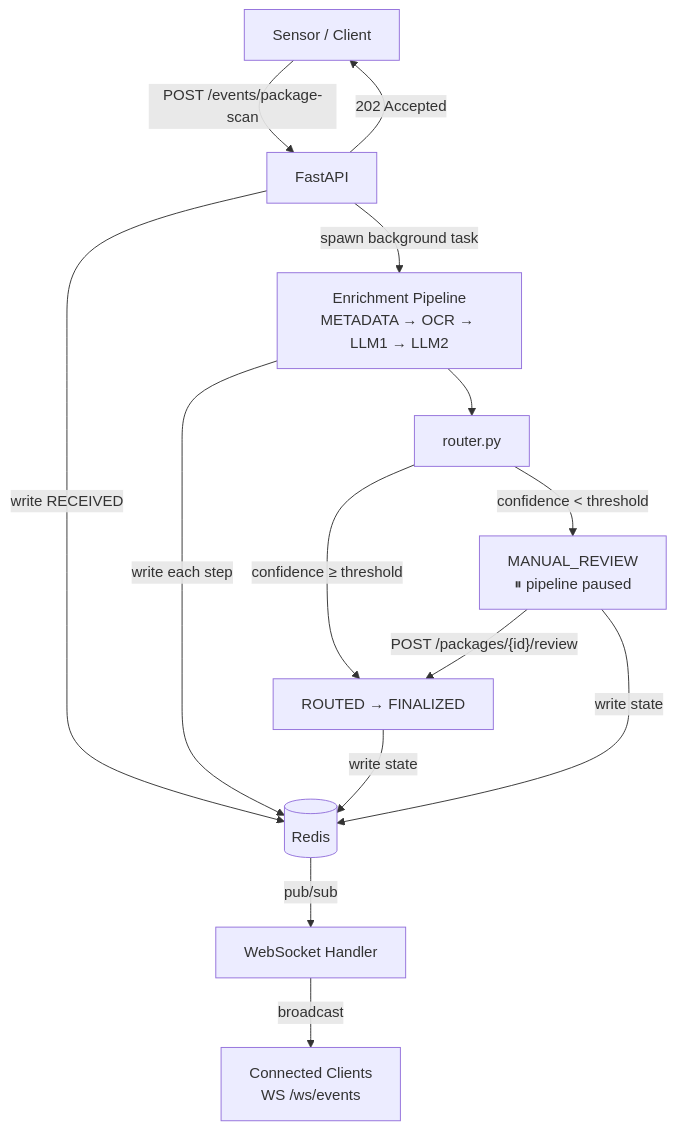
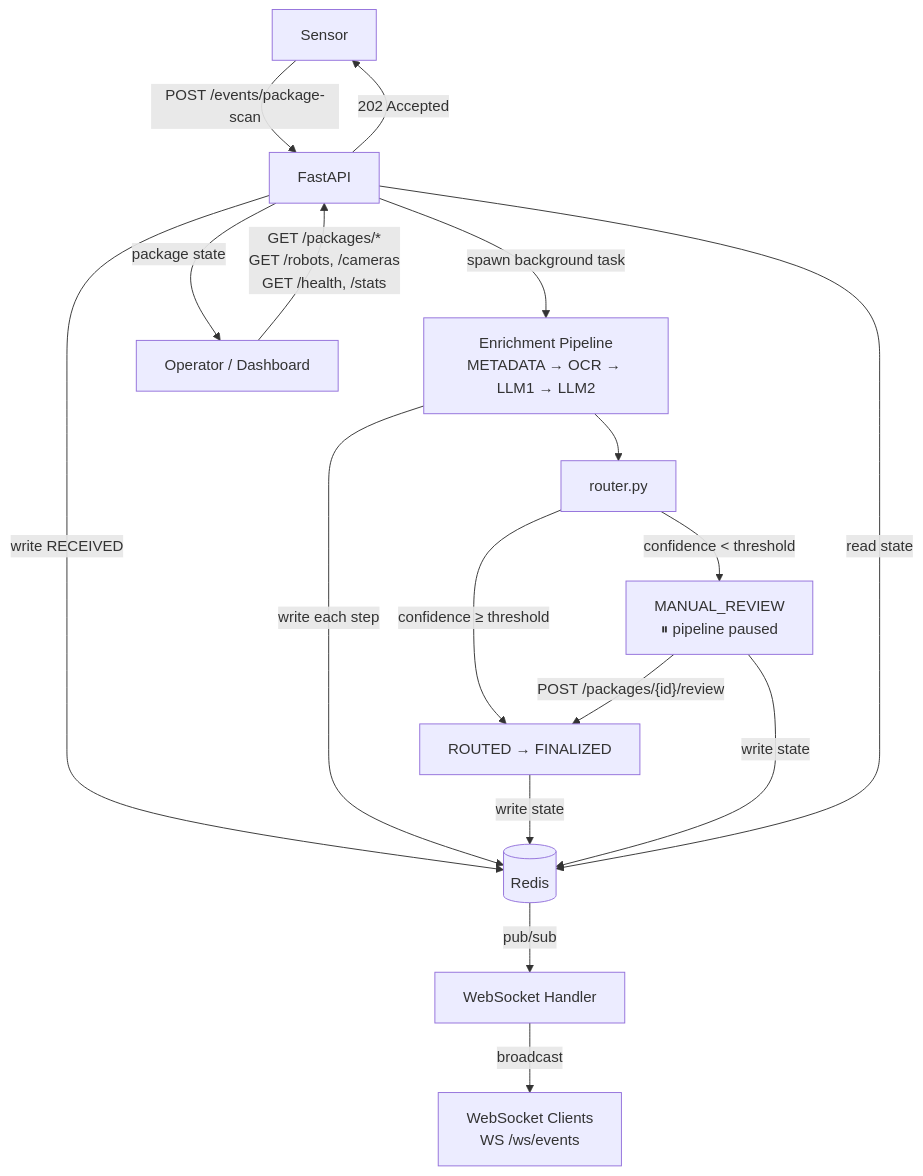
One commit to DeveshwarH1996/PrimeVision_SSE_Project changed the diagram in README.md. Above: the diagram before and after it, drawn with Mermaid.

Commit message:
docs: add GET request flow to architecture diagram

````diff
--- a/README.md
+++ b/README.md
@@ -23,20 +23,24 @@
 ```mermaid
 flowchart TD
-    Sensor["Sensor / Client"] -->|POST /events/package-scan| API["FastAPI"]
+    Sensor["Sensor"] -->|POST /events/package-scan| API["FastAPI"]
     API -->|"202 Accepted"| Sensor
     API -->|"write RECEIVED"| Redis[("Redis")]
     API -->|"spawn background task"| Pipeline["Enrichment Pipeline\nMETADATA → OCR → LLM1 → LLM2"]
 
     Pipeline -->|"write each step"| Redis
     Pipeline --> Router["router.py"]
 
     Router -->|"confidence ≥ threshold"| Fin["ROUTED → FINALIZED"]
     Router -->|"confidence < threshold"| MR["MANUAL_REVIEW\n⏸ pipeline paused"]
     MR -->|"POST /packages/{id}/review"| Fin
 
     Fin -->|"write state"| Redis
     MR -->|"write state"| Redis
 
     Redis -->|"pub/sub"| WS["WebSocket Handler"]
-    WS -->|"broadcast"| Clients["Connected Clients\nWS /ws/events"]
+    WS -->|"broadcast"| WSClients["WebSocket Clients\nWS /ws/events"]
+
+    Operator["Operator / Dashboard"] -->|"GET /packages/*\nGET /robots, /cameras\nGET /health, /stats"| API
+    API -->|"read state"| Redis
+    API -->|"package state"| Operator
 ```
````
